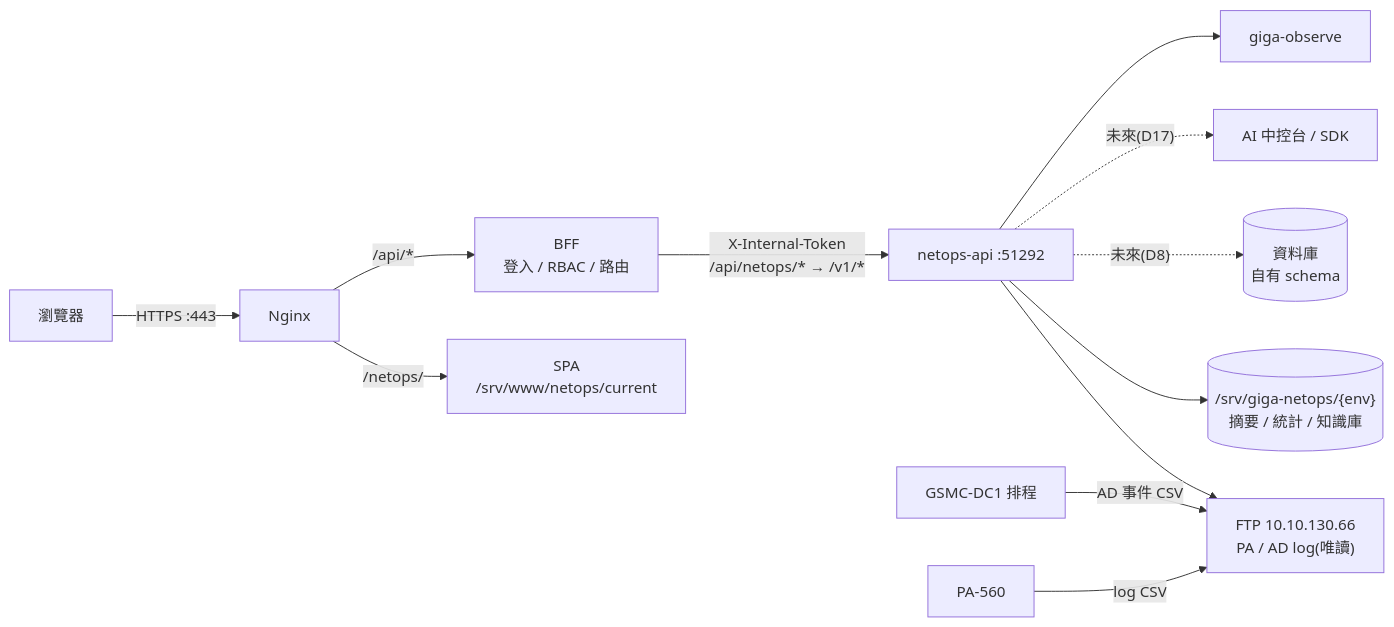
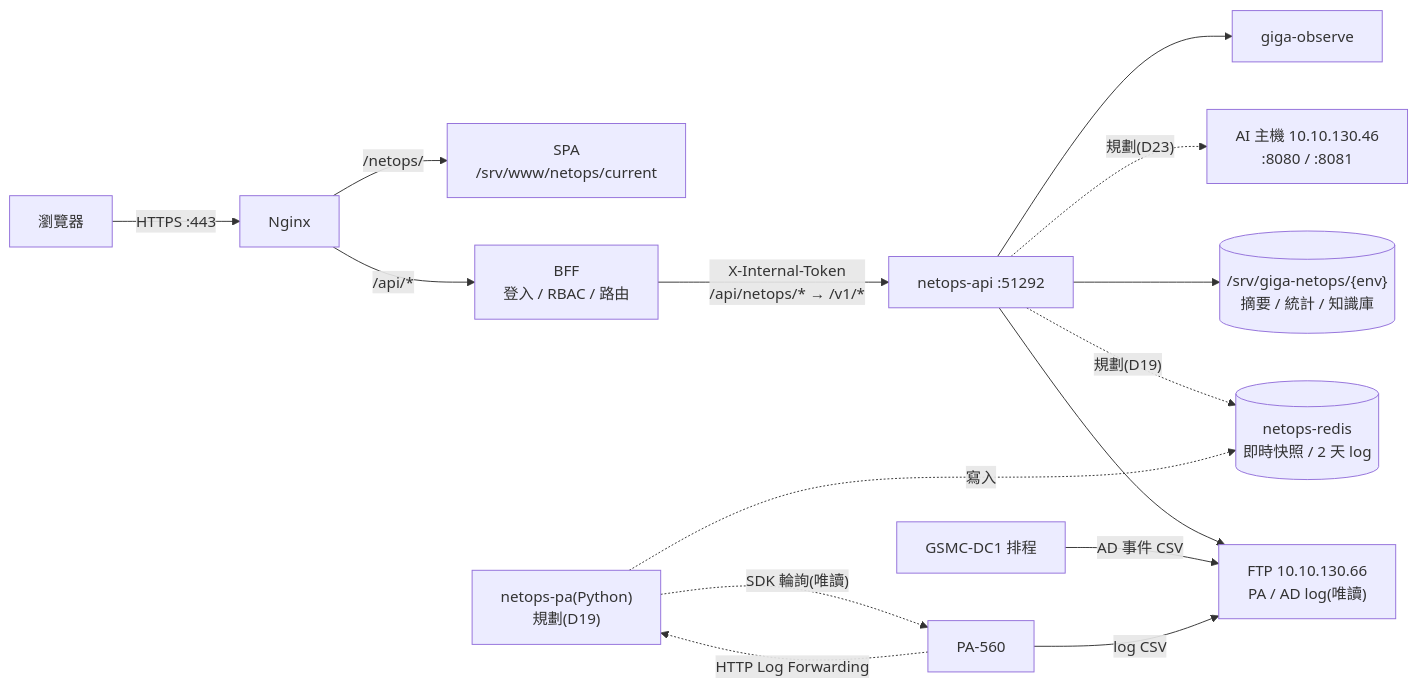
One commit to WeiWeicode/NetOps changed the diagram in docs/ARCHITECTURE.md. Above: the diagram before and after it, drawn with Mermaid. The commit also changed other lines of this file and 9 other files, not shown here.

First line of the commit message:
docs(netops): 取消 AI 中控台、規劃 PA 即時監控(pan-os-python + Redis)與 AI 搬移

````diff
--- a/docs/ARCHITECTURE.md
+++ b/docs/ARCHITECTURE.md
@@ -24,14 +25,17 @@
 ```mermaid
 flowchart LR
     B["瀏覽器"] -->|"HTTPS :443"| N["Nginx"]
     N -->|"/netops/"| S["SPA<br/>/srv/www/netops/current"]
     N -->|"/api/*"| F["BFF<br/>登入 / RBAC / 路由"]
     F -->|"X-Internal-Token<br/>/api/netops/* → /v1/*"| A["netops-api :51292"]
     A --> FTP["FTP 10.10.130.66<br/>PA / AD log(唯讀)"]
     A --> D[("/srv/giga-netops/{env}<br/>摘要 / 統計 / 知識庫")]
-    A -.->|"未來(D8)"| DB[("資料庫<br/>自有 schema")]
-    A -.->|"未來(D17)"| AI["AI 中控台 / SDK"]
+    A -.->|"規劃(D19)"| R[("netops-redis<br/>即時快照 / 2 天 log")]
+    P["netops-pa(Python)<br/>規劃(D19)"] -.->|"寫入"| R
+    P -.->|"SDK 輪詢(唯讀)"| PA
+    PA -.->|"HTTP Log Forwarding"| P
+    A -.->|"規劃(D23)"| AI["AI 主機 10.10.130.46<br/>:8080 / :8081"]
     A --> O["giga-observe"]
     DC["GSMC-DC1 排程"] -->|"AD 事件 CSV"| FTP
     PA["PA-560"] -->|"log CSV"| FTP
 ```
````
